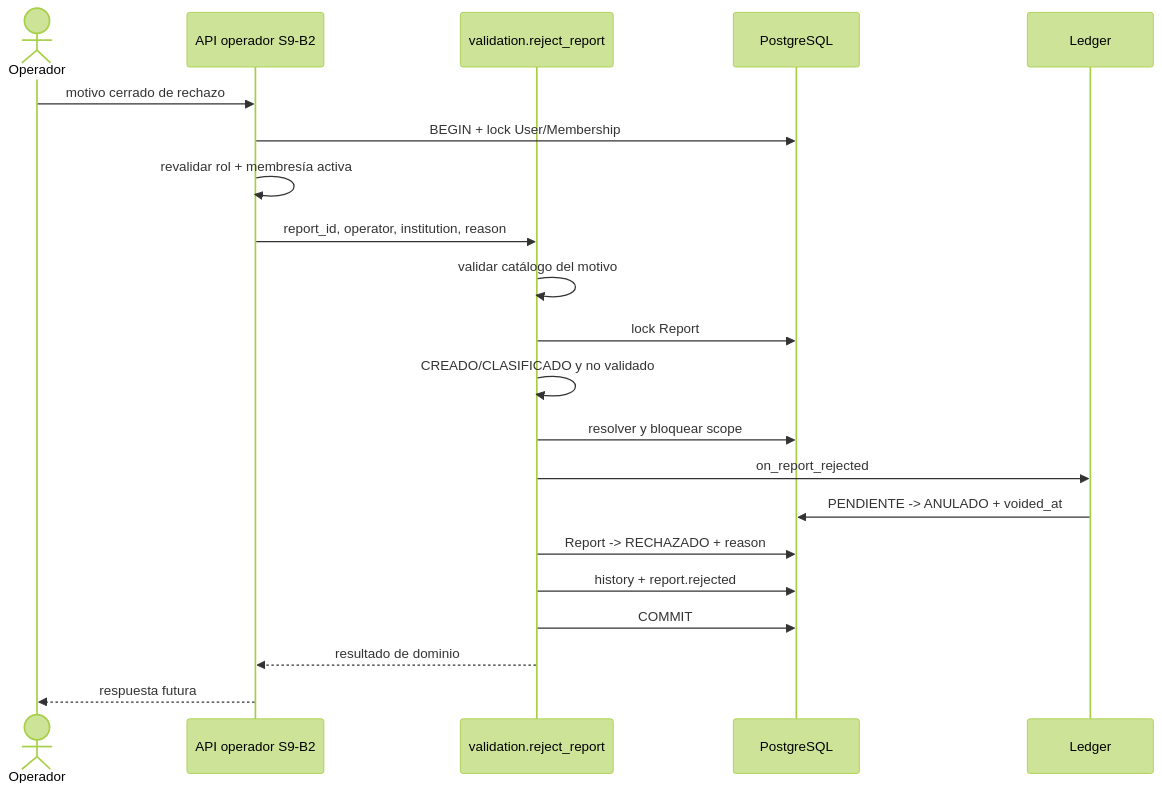
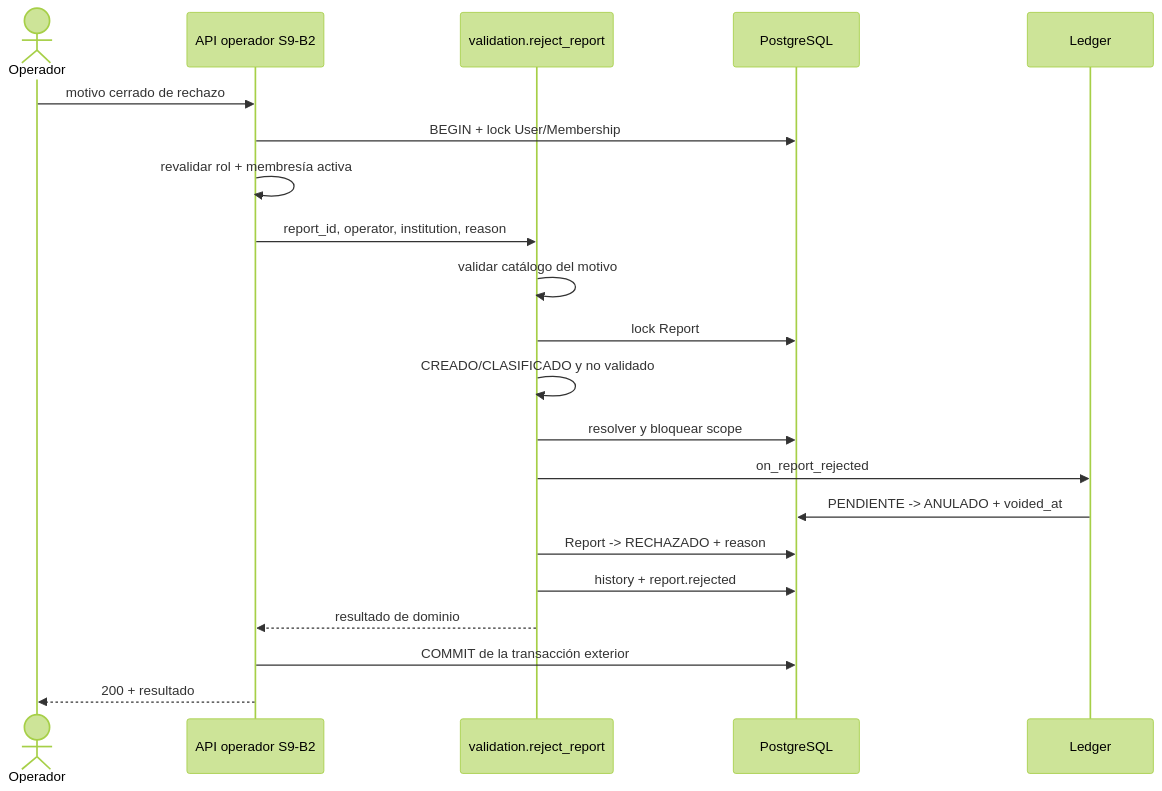
One commit to MontyPohl/ciudadania-activa changed diagram 12 of 16 in docs/tesis/ACTUALIZACION_DOCUMENTO_TESIS.md. Above: the diagram before and after it, drawn with Mermaid (forest theme). The commit also changed other lines of this file and 1 other file, not shown here.

````diff
--- a/docs/tesis/ACTUALIZACION_DOCUMENTO_TESIS.md
+++ b/docs/tesis/ACTUALIZACION_DOCUMENTO_TESIS.md
@@ -1546,24 +1549,24 @@
 ```mermaid
 sequenceDiagram
     actor O as Operador
     participant A as API operador S9-B2
     participant V as validation.reject_report
     participant D as PostgreSQL
     participant L as Ledger
 
     O->>A: motivo cerrado de rechazo
     A->>D: BEGIN + lock User/Membership
     A->>A: revalidar rol + membresía activa
     A->>V: report_id, operator, institution, reason
     V->>V: validar catálogo del motivo
     V->>D: lock Report
     V->>V: CREADO/CLASIFICADO y no validado
     V->>D: resolver y bloquear scope
     V->>L: on_report_rejected
     L->>D: PENDIENTE -> ANULADO + voided_at
     V->>D: Report -> RECHAZADO + reason
     V->>D: history + report.rejected
-    V->>D: COMMIT
     V-->>A: resultado de dominio
-    A-->>O: respuesta futura
+    A->>D: COMMIT de la transacción exterior
+    A-->>O: 200 + resultado
 ```
````
